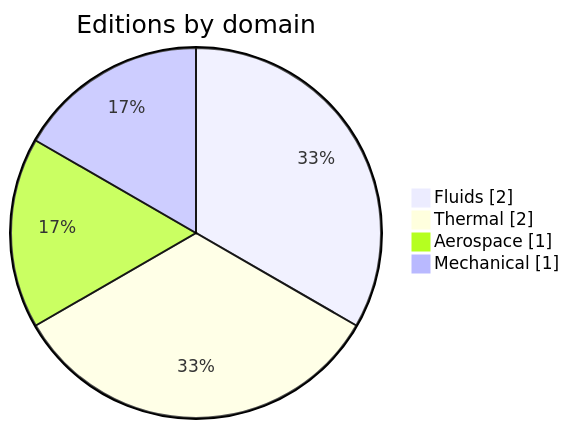
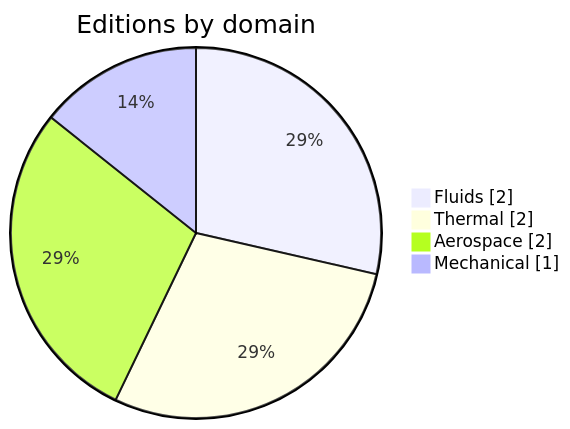
Before and after one commit to omax404/acta-problemata: the second of 2 diagrams in README.md, drawn with Mermaid. The commit also changed other lines of this file and 7 other files, not shown here.

````diff
--- a/README.md
+++ b/README.md
@@ -158,7 +159,7 @@
 ```mermaid
 pie showData title Editions by domain
   "Fluids" : 2
   "Thermal" : 2
-  "Aerospace" : 1
+  "Aerospace" : 2
   "Mechanical" : 1
 ```
````
